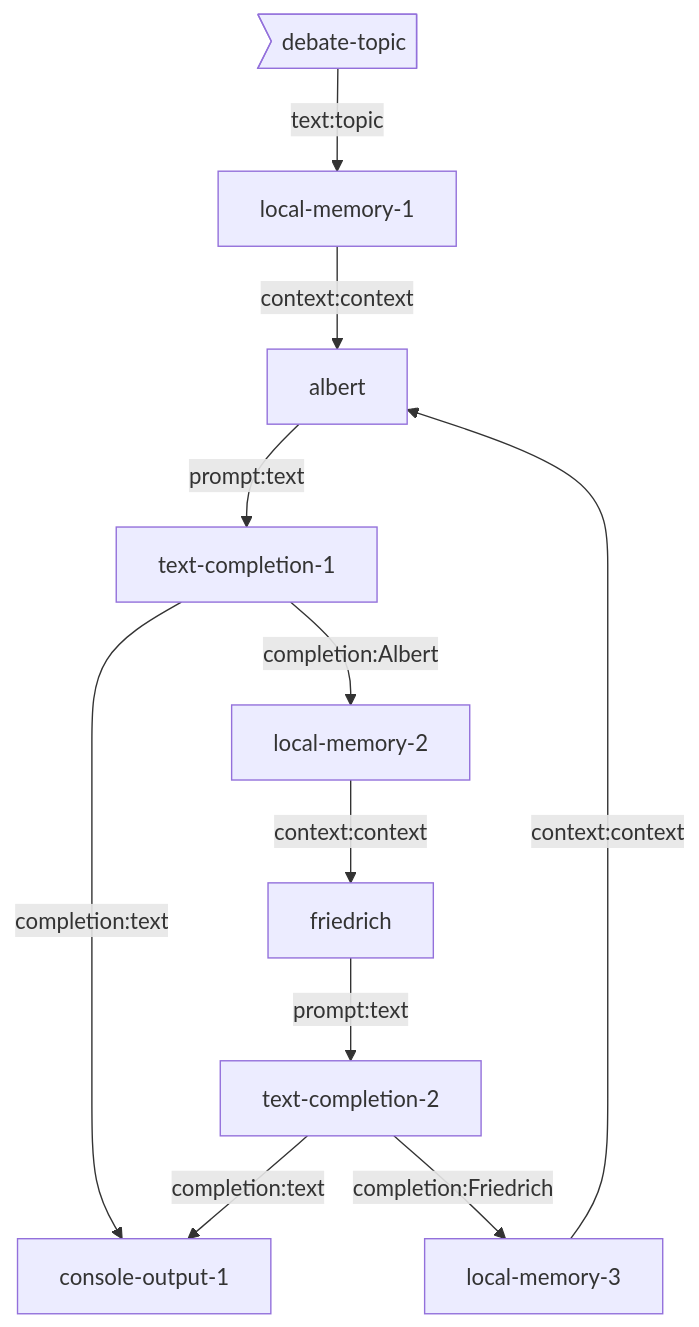
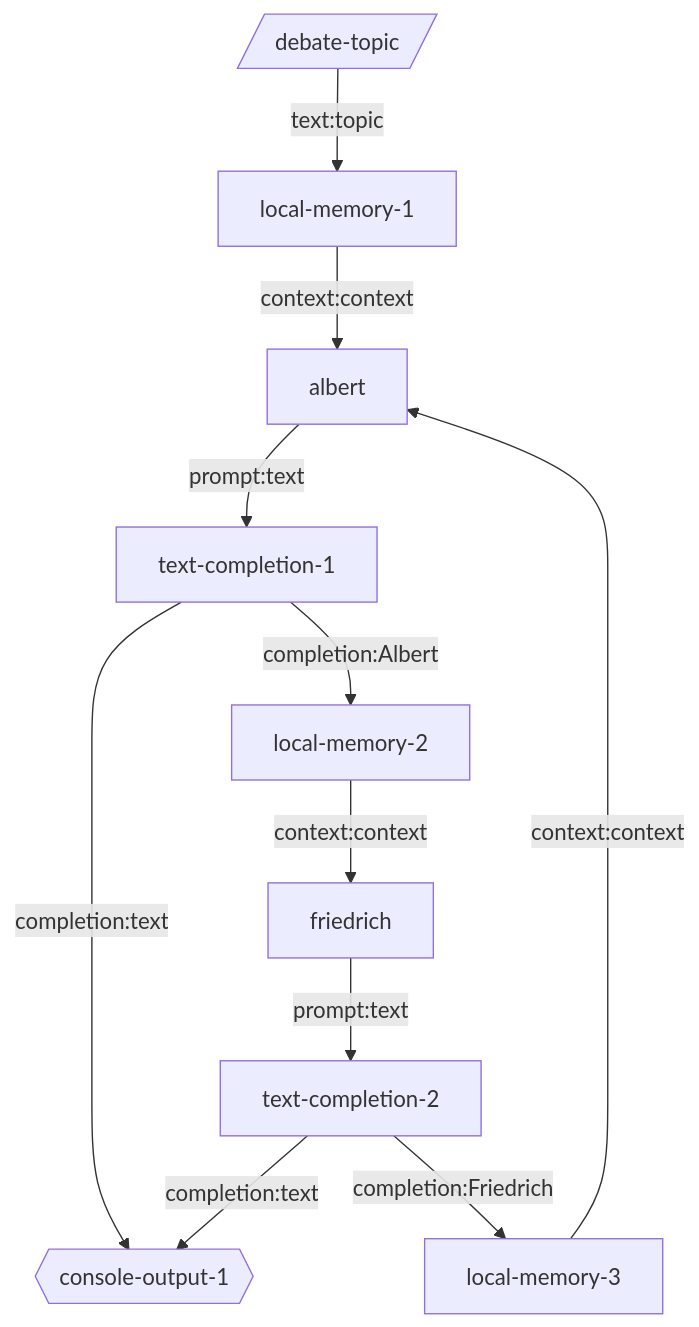
Before and after one commit to breadboard-ai/breadboard: the diagram in seeds/graph-playground/docs/graphs/endless-debate.md, drawn with Mermaid. The commit also changed 11 other files, not shown here.

Commit message:
[graph-playground] Update diagrams.

````diff
--- a/seeds/graph-playground/docs/graphs/endless-debate.md
+++ b/seeds/graph-playground/docs/graphs/endless-debate.md
@@ -4,13 +4,13 @@
 ```mermaid
 graph TD;
-debate-topic>debate-topic] -- text:topic --> local-memory-1
+debate-topic[/debate-topic/] -- text:topic --> local-memory-1
 local-memory-1 -- context:context --> albert
 albert -- prompt:text --> text-completion-1
-text-completion-1 -- completion:text --> console-output-1
+text-completion-1 -- completion:text --> console-output-1{{console-output-1}}
 text-completion-1 -- completion:Albert --> local-memory-2
 local-memory-2 -- context:context --> friedrich
 friedrich -- prompt:text --> text-completion-2
-text-completion-2 -- completion:text --> console-output-1
+text-completion-2 -- completion:text --> console-output-1{{console-output-1}}
 text-completion-2 -- completion:Friedrich --> local-memory-3
 local-memory-3 -- context:context --> albert
 ```
````
